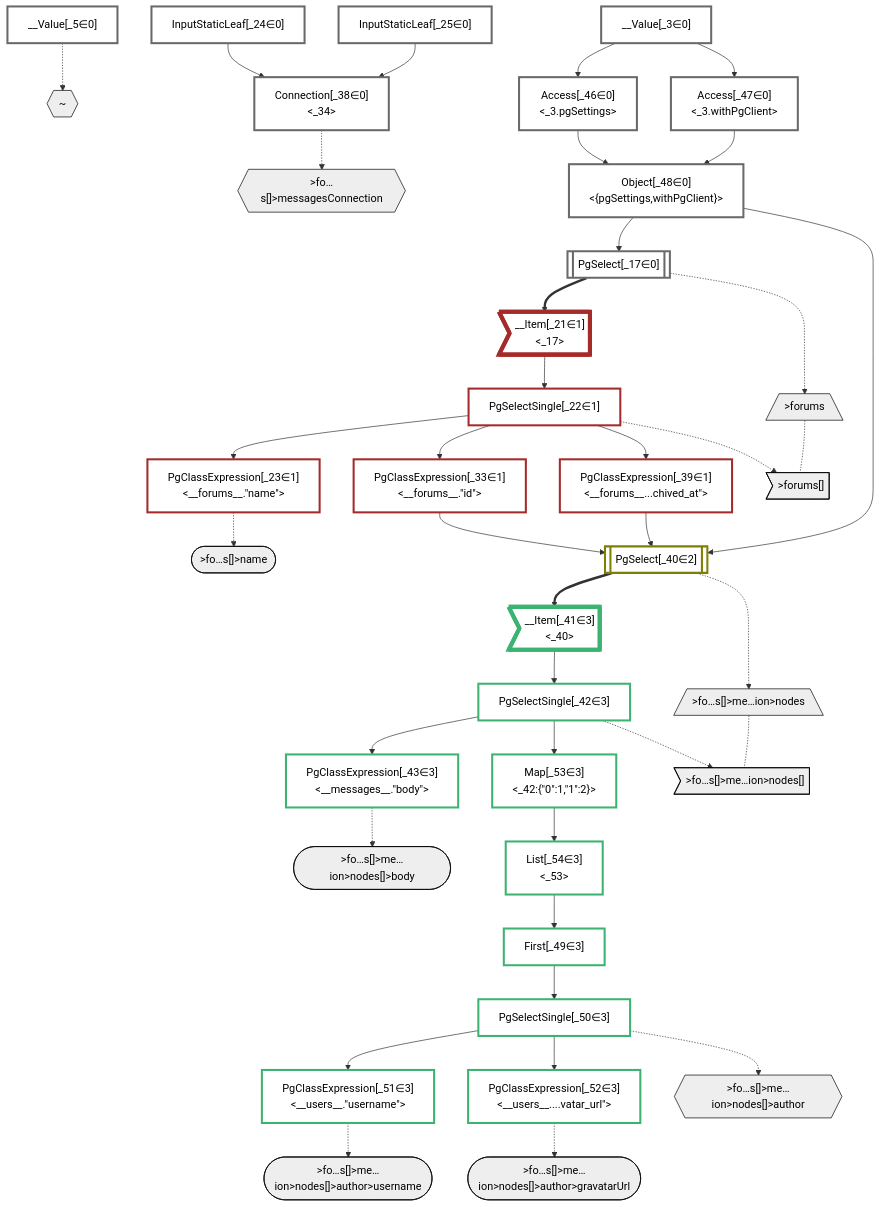
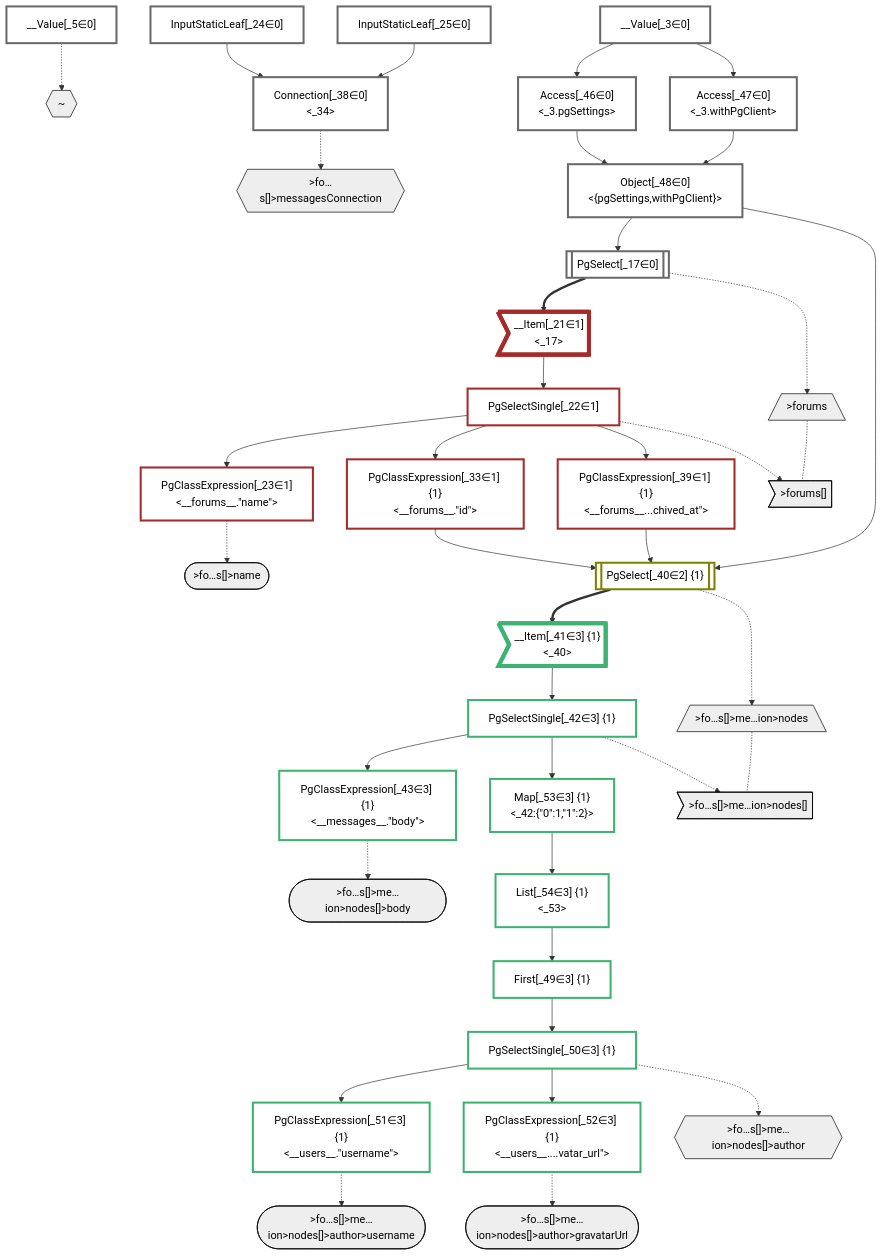
The diagram in packages/dataplan-pg/__tests__/queries/conditions/archived-forum-inherited-messages.stream-1.mermaid.md (graphile/crystal), drawn with Mermaid before and after one commit. The commit also changed 46 other files, not shown here.

Commit message:
Add groupIds to plan graphs

```diff
--- a/packages/dataplan-pg/__tests__/queries/conditions/archived-forum-inherited-messages.stream-1.mermaid.md
+++ b/packages/dataplan-pg/__tests__/queries/conditions/archived-forum-inherited-messages.stream-1.mermaid.md
@@ -38,22 +38,22 @@
     PgClassExpression_23["PgClassExpression[_23∈1]<br /><__forums__.#quot;name#quot;>"]:::plan
     InputStaticLeaf_24["InputStaticLeaf[_24∈0]"]:::plan
     InputStaticLeaf_25["InputStaticLeaf[_25∈0]"]:::plan
-    PgClassExpression_33["PgClassExpression[_33∈1]<br /><__forums__.#quot;id#quot;>"]:::plan
+    PgClassExpression_33["PgClassExpression[_33∈1] {1}<br /><__forums__.#quot;id#quot;>"]:::plan
     Connection_38["Connection[_38∈0]<br /><_34>"]:::plan
-    PgClassExpression_39["PgClassExpression[_39∈1]<br /><__forums__...chived_at#quot;>"]:::plan
-    PgSelect_40[["PgSelect[_40∈2]<br /><messages>"]]:::plan
-    __Item_41>"__Item[_41∈3]<br /><_40>"]:::itemplan
-    PgSelectSingle_42["PgSelectSingle[_42∈3]<br /><messages>"]:::plan
-    PgClassExpression_43["PgClassExpression[_43∈3]<br /><__messages__.#quot;body#quot;>"]:::plan
+    PgClassExpression_39["PgClassExpression[_39∈1] {1}<br /><__forums__...chived_at#quot;>"]:::plan
+    PgSelect_40[["PgSelect[_40∈2] {1}<br /><messages>"]]:::plan
+    __Item_41>"__Item[_41∈3] {1}<br /><_40>"]:::itemplan
+    PgSelectSingle_42["PgSelectSingle[_42∈3] {1}<br /><messages>"]:::plan
+    PgClassExpression_43["PgClassExpression[_43∈3] {1}<br /><__messages__.#quot;body#quot;>"]:::plan
     Access_46["Access[_46∈0]<br /><_3.pgSettings>"]:::plan
     Access_47["Access[_47∈0]<br /><_3.withPgClient>"]:::plan
     Object_48["Object[_48∈0]<br /><{pgSettings,withPgClient}>"]:::plan
-    First_49["First[_49∈3]"]:::plan
-    PgSelectSingle_50["PgSelectSingle[_50∈3]<br /><users>"]:::plan
-    PgClassExpression_51["PgClassExpression[_51∈3]<br /><__users__.#quot;username#quot;>"]:::plan
-    PgClassExpression_52["PgClassExpression[_52∈3]<br /><__users__....vatar_url#quot;>"]:::plan
-    Map_53["Map[_53∈3]<br /><_42:{#quot;0#quot;:1,#quot;1#quot;:2}>"]:::plan
-    List_54["List[_54∈3]<br /><_53>"]:::plan
+    First_49["First[_49∈3] {1}"]:::plan
+    PgSelectSingle_50["PgSelectSingle[_50∈3] {1}<br /><users>"]:::plan
+    PgClassExpression_51["PgClassExpression[_51∈3] {1}<br /><__users__.#quot;username#quot;>"]:::plan
+    PgClassExpression_52["PgClassExpression[_52∈3] {1}<br /><__users__....vatar_url#quot;>"]:::plan
+    Map_53["Map[_53∈3] {1}<br /><_42:{#quot;0#quot;:1,#quot;1#quot;:2}>"]:::plan
+    List_54["List[_54∈3] {1}<br /><_53>"]:::plan
 
     %% plan dependencies
     Object_48 --> PgSelect_17
```
